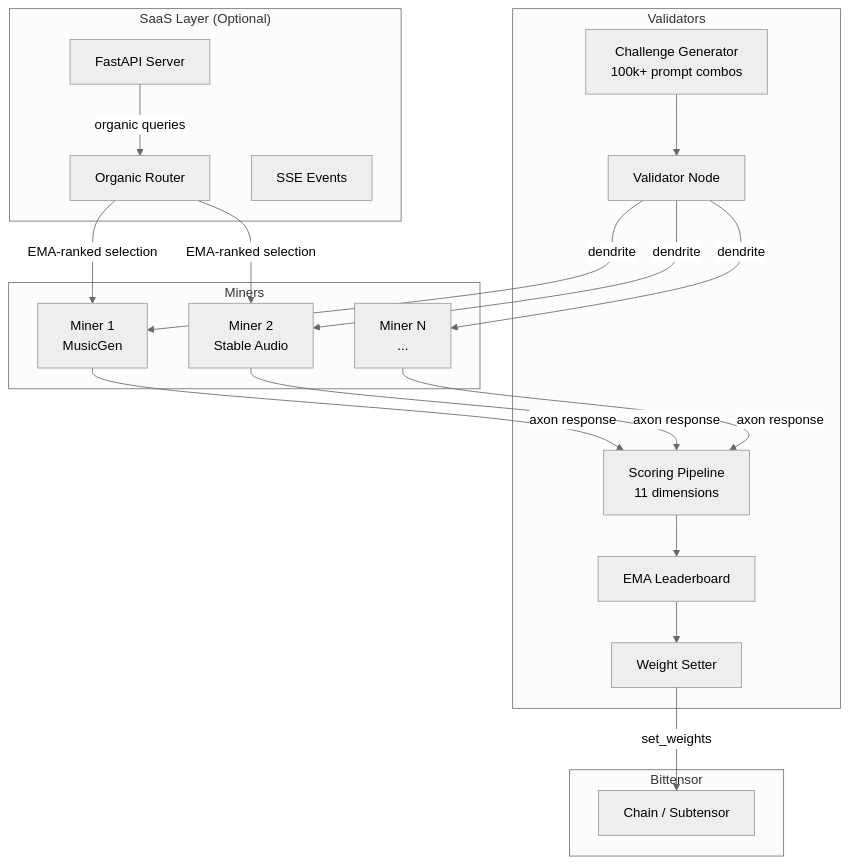
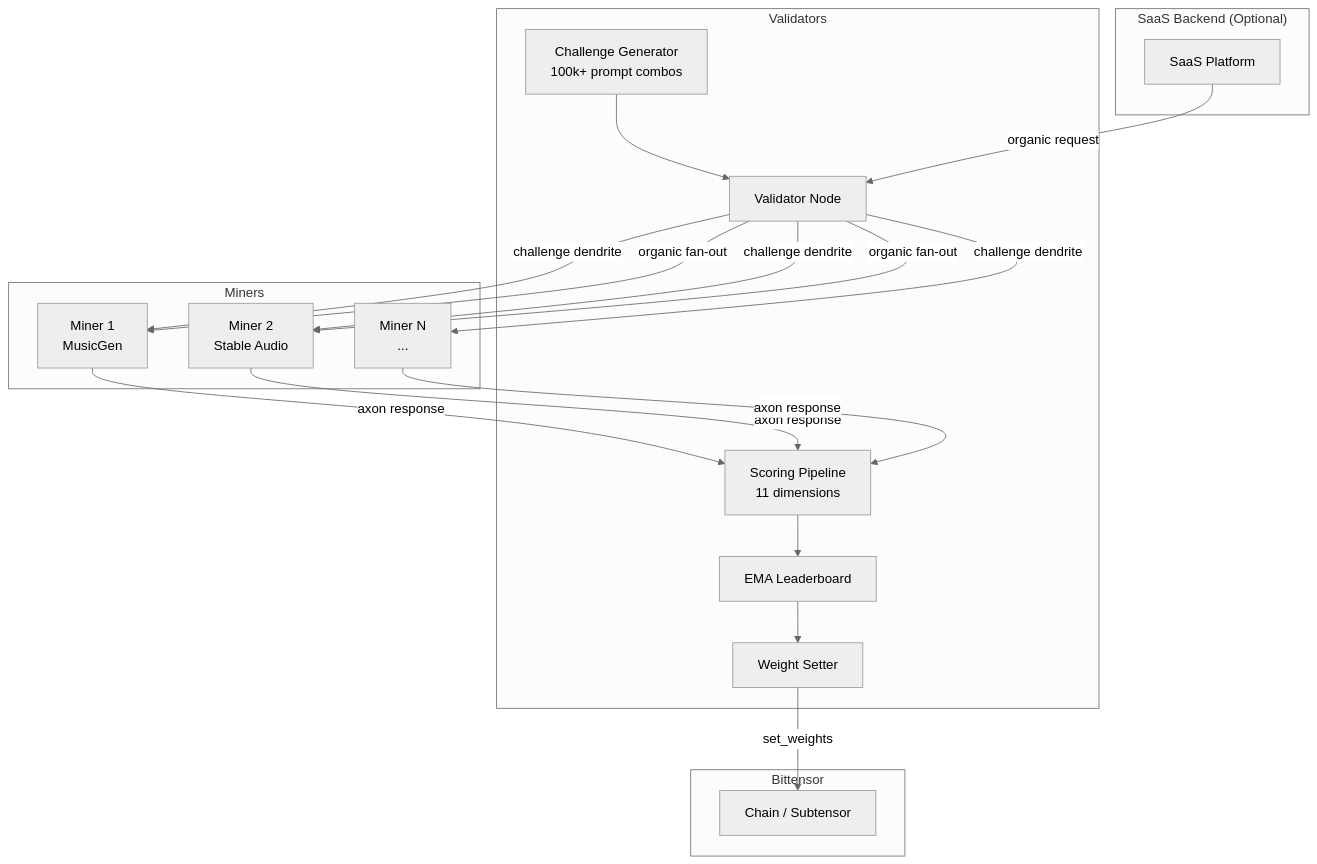
One commit to borgg-dev/tuneforge changed the first of 2 diagrams in README.md. Above: the diagram before and after it, drawn with Mermaid (neutral theme). The commit also changed other lines of this file and 9 other files, not shown here.

First line of the commit message:
Organic generation via validator, EMA cold start, baseline 0.50

````diff
--- a/README.md
+++ b/README.md
@@ -35,41 +35,39 @@
 ```mermaid
 graph TB
     subgraph Validators
         V[Validator Node]
         CG[Challenge Generator<br/>100k+ prompt combos]
         SC[Scoring Pipeline<br/>11 dimensions]
         LB[EMA Leaderboard]
         WS[Weight Setter]
     end
 
     subgraph Miners
         M1[Miner 1<br/>MusicGen]
         M2[Miner 2<br/>Stable Audio]
         M3[Miner N<br/>...]
     end
 
-    subgraph "SaaS Layer (Optional)"
-        API[FastAPI Server]
-        OR[Organic Router]
-        SSE[SSE Events]
+    subgraph "SaaS Backend (Optional)"
+        API[SaaS Platform]
     end
 
     subgraph Bittensor
         CH[Chain / Subtensor]
     end
 
-    V -->|dendrite| M1
-    V -->|dendrite| M2
-    V -->|dendrite| M3
+    V -->|challenge dendrite| M1
+    V -->|challenge dendrite| M2
+    V -->|challenge dendrite| M3
     M1 -->|axon response| SC
     M2 -->|axon response| SC
     M3 -->|axon response| SC
     CG --> V
     SC --> LB
     LB --> WS
     WS -->|set_weights| CH
 
-    API -->|organic queries| OR
-    OR -->|EMA-ranked selection| M1
-    OR -->|EMA-ranked selection| M2
+    API -->|organic request| V
+    V -->|organic fan-out| M1
+    V -->|organic fan-out| M2
 ```
````
